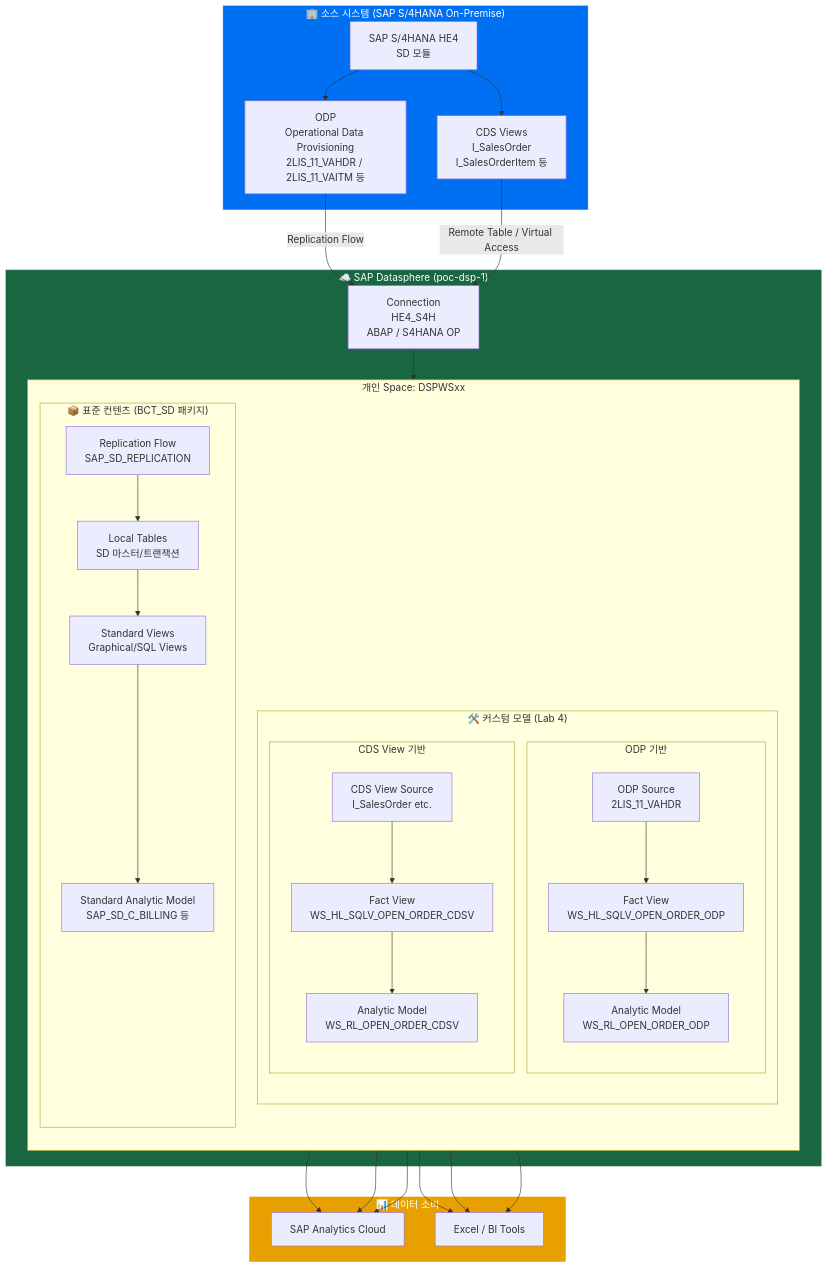
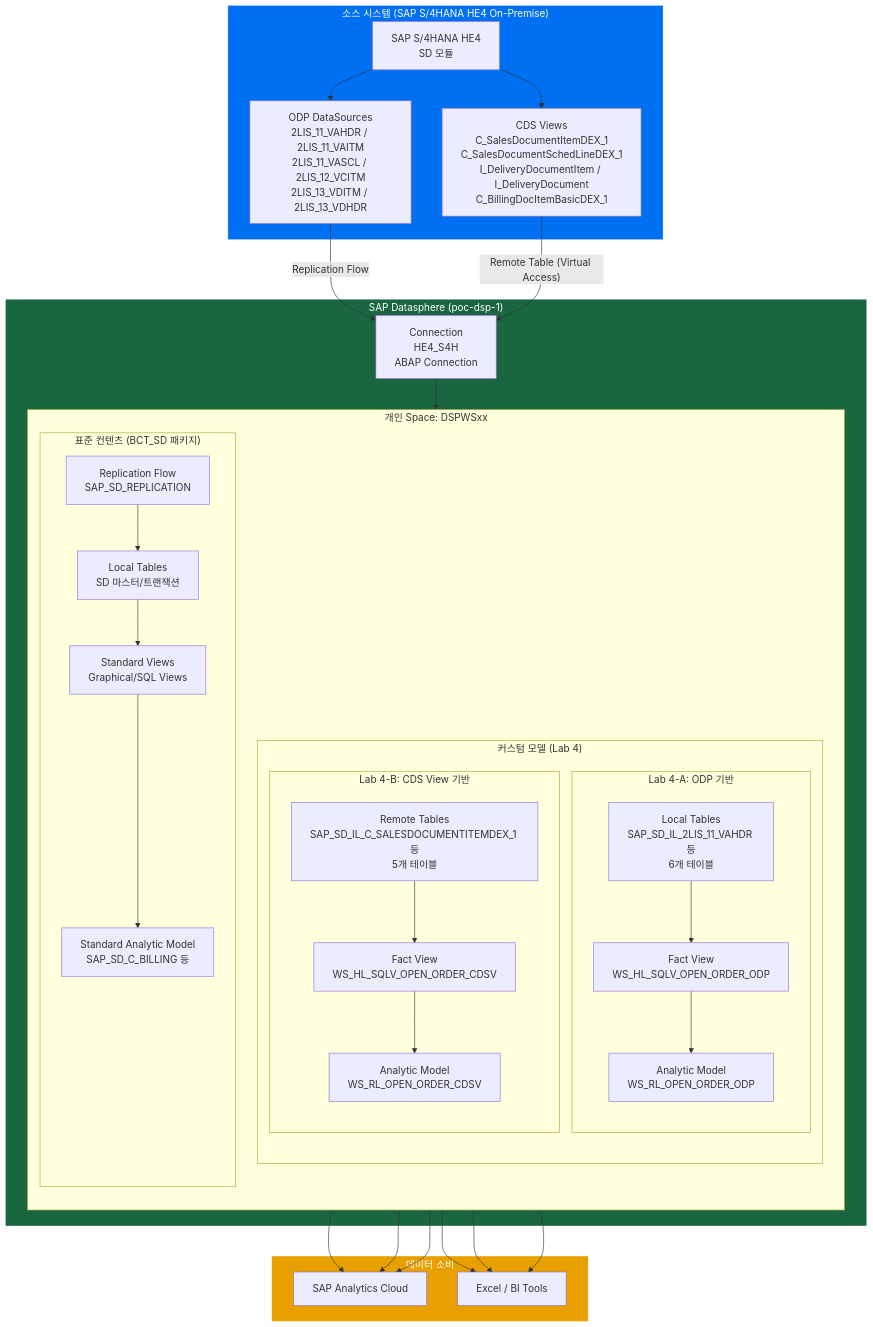
The first of 5 diagrams in docs/architecture.md (youngseols925/sap-datasphere-bdc-workshop), drawn with Mermaid before and after one commit. The commit also changed other lines of this file, not shown here.

First line of the commit message:
docs: architecture.md CDS View 소스명 실제 CSN 기반으로 전면 수정

````diff
--- a/docs/architecture.md
+++ b/docs/architecture.md
@@ -5,61 +5,57 @@
 ```mermaid
 graph TB
-    subgraph Source["🏢 소스 시스템 (SAP S/4HANA On-Premise)"]
+    subgraph Source["소스 시스템 (SAP S/4HANA HE4 On-Premise)"]
         S4H[SAP S/4HANA HE4<br/>SD 모듈]
-        ODP[ODP<br/>Operational Data Provisioning<br/>2LIS_11_VAHDR / 2LIS_11_VAITM 등]
-        CDS[CDS Views<br/>I_SalesOrder<br/>I_SalesOrderItem 등]
+        ODP[ODP DataSources<br/>2LIS_11_VAHDR / 2LIS_11_VAITM<br/>2LIS_11_VASCL / 2LIS_12_VCITM<br/>2LIS_13_VDITM / 2LIS_13_VDHDR]
+        CDS[CDS Views<br/>C_SalesDocumentItemDEX_1<br/>C_SalesDocumentSchedLineDEX_1<br/>I_DeliveryDocumentItem / I_DeliveryDocument<br/>C_BillingDocItemBasicDEX_1]
         S4H --> ODP
         S4H --> CDS
     end
 
-    subgraph DSP["☁️ SAP Datasphere (poc-dsp-1)"]
-        CONN[Connection<br/>HE4_S4H<br/>ABAP / S4HANA OP]
+    subgraph DSP["SAP Datasphere (poc-dsp-1)"]
+        CONN[Connection<br/>HE4_S4H<br/>ABAP Connection]
 
         subgraph SPACE["개인 Space: DSPWSxx"]
             direction TB
 
-            subgraph STD["📦 표준 컨텐츠 (BCT_SD 패키지)"]
+            subgraph STD["표준 컨텐츠 (BCT_SD 패키지)"]
                 RF[Replication Flow<br/>SAP_SD_REPLICATION]
                 LT[Local Tables<br/>SD 마스터/트랜잭션]
                 SV[Standard Views<br/>Graphical/SQL Views]
                 AM_STD[Standard Analytic Model<br/>SAP_SD_C_BILLING 등]
                 RF --> LT --> SV --> AM_STD
             end
 
-            subgraph CUSTOM["🛠️ 커스텀 모델 (Lab 4)"]
+            subgraph CUSTOM["커스텀 모델 (Lab 4)"]
                 direction TB
-                subgraph ODP_FLOW["ODP 기반"]
-                    ODP_SRC[ODP Source<br/>2LIS_11_VAHDR]
+                subgraph ODP_FLOW["Lab 4-A: ODP 기반"]
+                    LT_ODP[Local Tables<br/>SAP_SD_IL_2LIS_11_VAHDR 등<br/>6개 테이블]
                     FV_ODP[Fact View<br/>WS_HL_SQLV_OPEN_ORDER_ODP]
                     AM_ODP[Analytic Model<br/>WS_RL_OPEN_ORDER_ODP]
-                    ODP_SRC --> FV_ODP --> AM_ODP
+                    LT_ODP --> FV_ODP --> AM_ODP
                 end
-                subgraph CDS_FLOW["CDS View 기반"]
-                    CDS_SRC[CDS View Source<br/>I_SalesOrder etc.]
+                subgraph CDS_FLOW["Lab 4-B: CDS View 기반"]
+                    RT_CDS[Remote Tables<br/>SAP_SD_IL_C_SALESDOCUMENTITEMDEX_1 등<br/>5개 테이블]
                     FV_CDS[Fact View<br/>WS_HL_SQLV_OPEN_ORDER_CDSV]
                     AM_CDS[Analytic Model<br/>WS_RL_OPEN_ORDER_CDSV]
-                    CDS_SRC --> FV_CDS --> AM_CDS
+                    RT_CDS --> FV_CDS --> AM_CDS
                 end
             end
         end
     end
 
-    subgraph CONSUME["📊 데이터 소비"]
+    subgraph CONSUME["데이터 소비"]
         SAC[SAP Analytics Cloud]
         EXCEL[Excel / BI Tools]
     end
 
     ODP --"Replication Flow"--> CONN
-    CDS --"Remote Table / Virtual Access"--> CONN
+    CDS --"Remote Table (Virtual Access)"--> CONN
     CONN --> SPACE
-    AM_STD --> SAC
-    AM_ODP --> SAC
-    AM_CDS --> SAC
-    AM_STD --> EXCEL
-    AM_ODP --> EXCEL
-    AM_CDS --> EXCEL
+    AM_STD & AM_ODP & AM_CDS --> SAC
+    AM_STD & AM_ODP & AM_CDS --> EXCEL
 
     style Source fill:#0070F2,color:#fff,stroke:#0070F2
     style DSP fill:#1A6640,color:#fff,stroke:#1A6640
     style CONSUME fill:#E8A000,color:#fff,stroke:#E8A000
 ```
````
